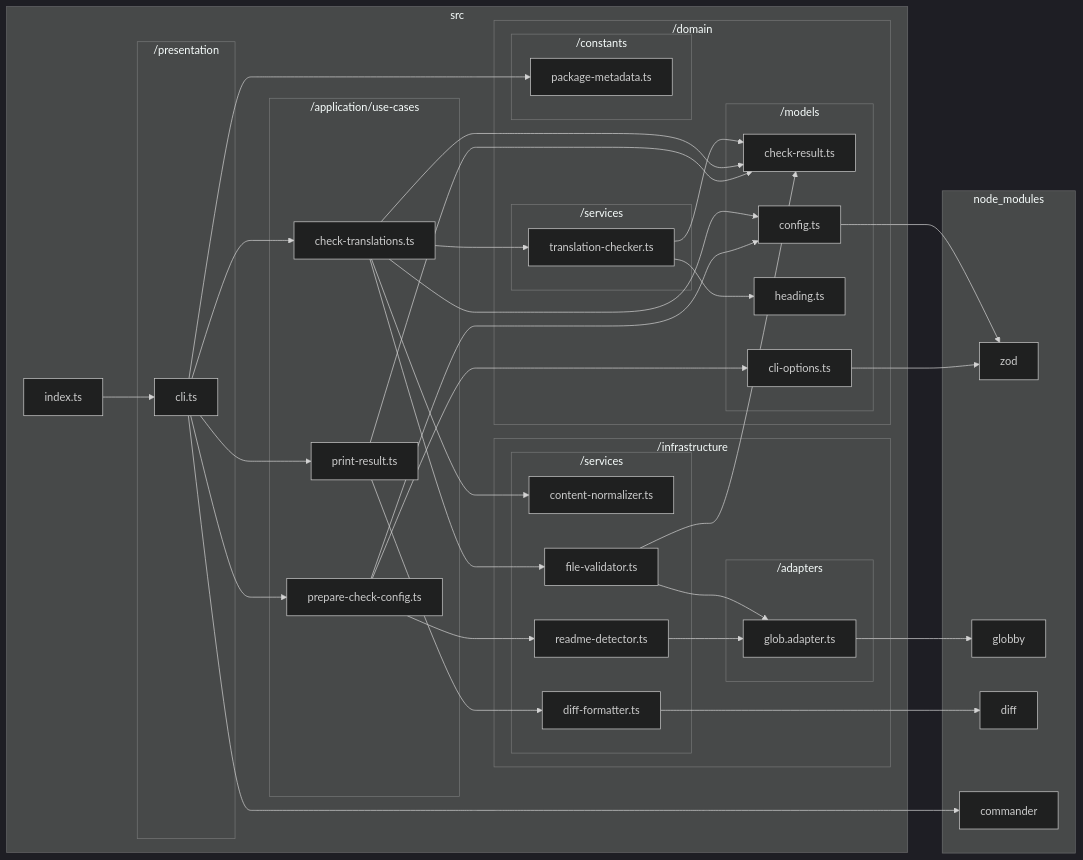
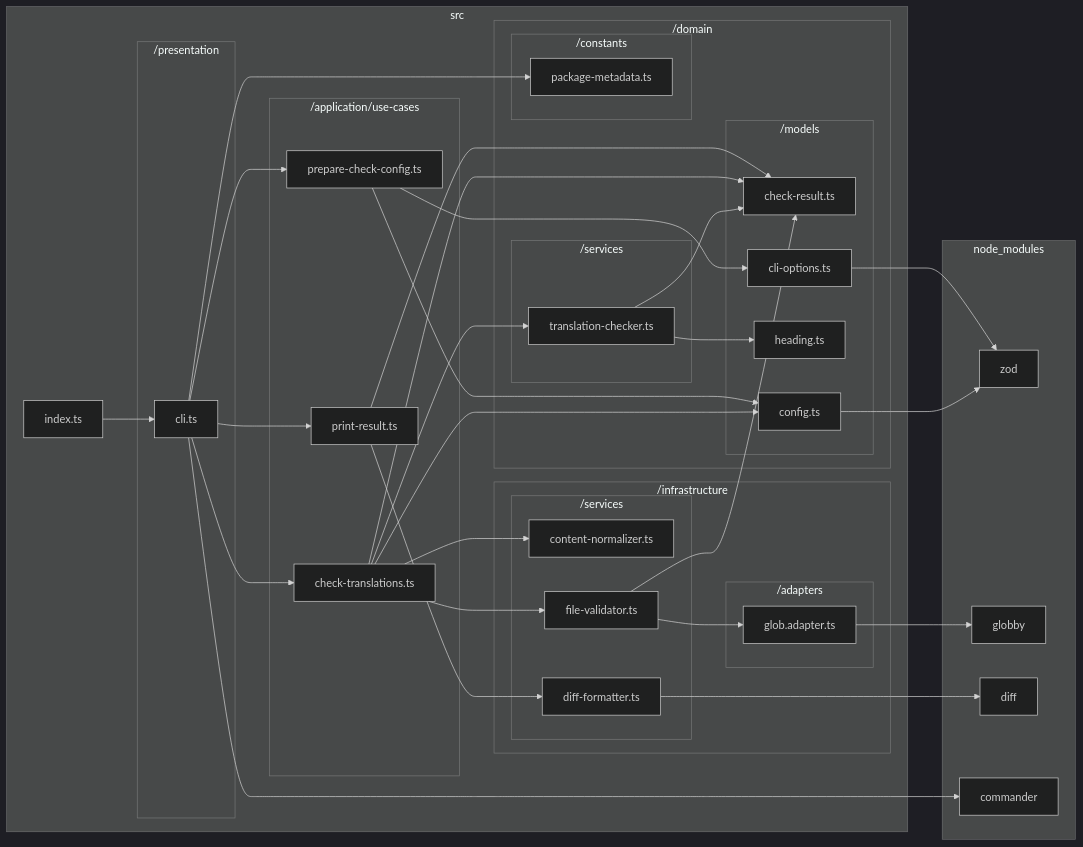
The diagram in docs/reports/dependencies/deps-graph.md (sugurutakahashi-1234/readme-i18n-sentinel), drawn with Mermaid (dark theme) before and after one commit. The commit also changed 10 other files, not shown here.

````diff
--- a/docs/reports/dependencies/deps-graph.md
+++ b/docs/reports/dependencies/deps-graph.md
@@ -7,70 +7,67 @@
 ```mermaid
 flowchart LR
     subgraph src["src"]
         src/index.ts["index.ts"]
         subgraph src/domain["/domain"]
             subgraph src/domain/models["/models"]
                 src/domain/models/check//result.ts["check-result.ts"]
                 src/domain/models/config.ts["config.ts"]
                 src/domain/models/heading.ts["heading.ts"]
                 src/domain/models/cli//options.ts["cli-options.ts"]
             end
             subgraph src/domain/services["/services"]
                 src/domain/services/translation//checker.ts["translation-checker.ts"]
             end
             subgraph src/domain/constants["/constants"]
                 src/domain/constants/package//metadata.ts["package-metadata.ts"]
             end
         end
         subgraph src/infrastructure["/infrastructure"]
             subgraph src/infrastructure/services["/services"]
                 src/infrastructure/services/content//normalizer.ts["content-normalizer.ts"]
                 src/infrastructure/services/file//validator.ts["file-validator.ts"]
-                src/infrastructure/services/readme//detector.ts["readme-detector.ts"]
                 src/infrastructure/services/diff//formatter.ts["diff-formatter.ts"]
             end
             subgraph src/infrastructure/adapters["/adapters"]
                 src/infrastructure/adapters/glob.adapter.ts["glob.adapter.ts"]
             end
         end
         subgraph src/application/use//cases["/application/use-cases"]
             src/application/use//cases/check//translations.ts["check-translations.ts"]
             src/application/use//cases/prepare//check//config.ts["prepare-check-config.ts"]
             src/application/use//cases/print//result.ts["print-result.ts"]
         end
         subgraph src/presentation["/presentation"]
             src/presentation/cli.ts["cli.ts"]
         end
     end
     subgraph node//modules["node_modules"]
         node//modules/zod/index.d.cts["zod"]
         node//modules/globby/index.d.ts["globby"]
         node//modules/diff/libcjs/index.d.ts["diff"]
         node//modules/commander/typings/index.d.ts["commander"]
     end
     src/domain/models/config.ts-->node//modules/zod/index.d.cts
     src/domain/services/translation//checker.ts-->src/domain/models/check//result.ts
     src/domain/services/translation//checker.ts-->src/domain/models/heading.ts
     src/infrastructure/adapters/glob.adapter.ts-->node//modules/globby/index.d.ts
     src/infrastructure/services/file//validator.ts-->src/domain/models/check//result.ts
     src/infrastructure/services/file//validator.ts-->src/infrastructure/adapters/glob.adapter.ts
     src/application/use//cases/check//translations.ts-->src/domain/models/check//result.ts
     src/application/use//cases/check//translations.ts-->src/domain/models/config.ts
     src/application/use//cases/check//translations.ts-->src/domain/services/translation//checker.ts
     src/application/use//cases/check//translations.ts-->src/infrastructure/services/content//normalizer.ts
     src/application/use//cases/check//translations.ts-->src/infrastructure/services/file//validator.ts
     src/domain/models/cli//options.ts-->node//modules/zod/index.d.cts
-    src/infrastructure/services/readme//detector.ts-->src/infrastructure/adapters/glob.adapter.ts
     src/application/use//cases/prepare//check//config.ts-->src/domain/models/cli//options.ts
     src/application/use//cases/prepare//check//config.ts-->src/domain/models/config.ts
-    src/application/use//cases/prepare//check//config.ts-->src/infrastructure/services/readme//detector.ts
     src/infrastructure/services/diff//formatter.ts-->node//modules/diff/libcjs/index.d.ts
     src/application/use//cases/print//result.ts-->src/domain/models/check//result.ts
     src/application/use//cases/print//result.ts-->src/infrastructure/services/diff//formatter.ts
     src/presentation/cli.ts-->node//modules/commander/typings/index.d.ts
     src/presentation/cli.ts-->src/application/use//cases/check//translations.ts
     src/presentation/cli.ts-->src/application/use//cases/prepare//check//config.ts
     src/presentation/cli.ts-->src/application/use//cases/print//result.ts
     src/presentation/cli.ts-->src/domain/constants/package//metadata.ts
     src/index.ts-->src/presentation/cli.ts
 ```
````
